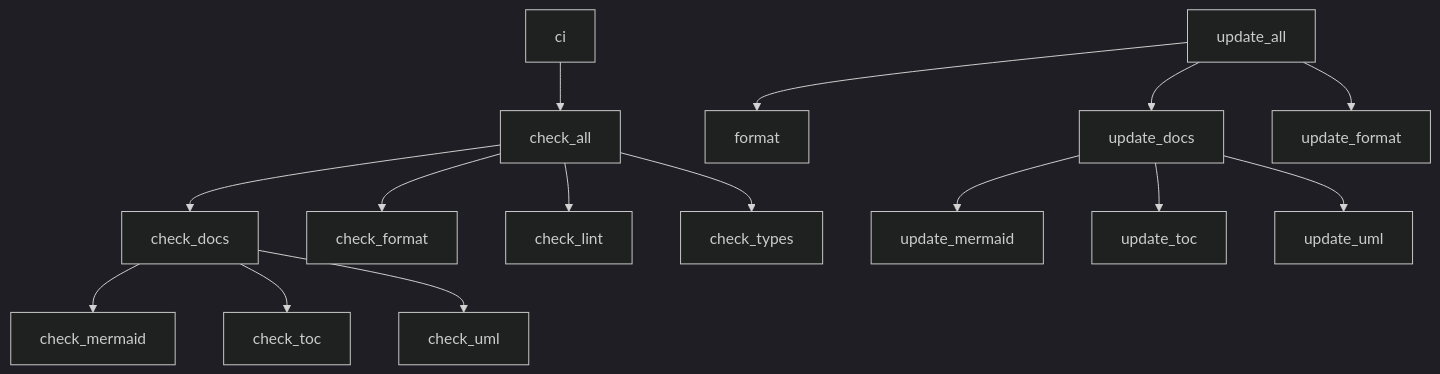
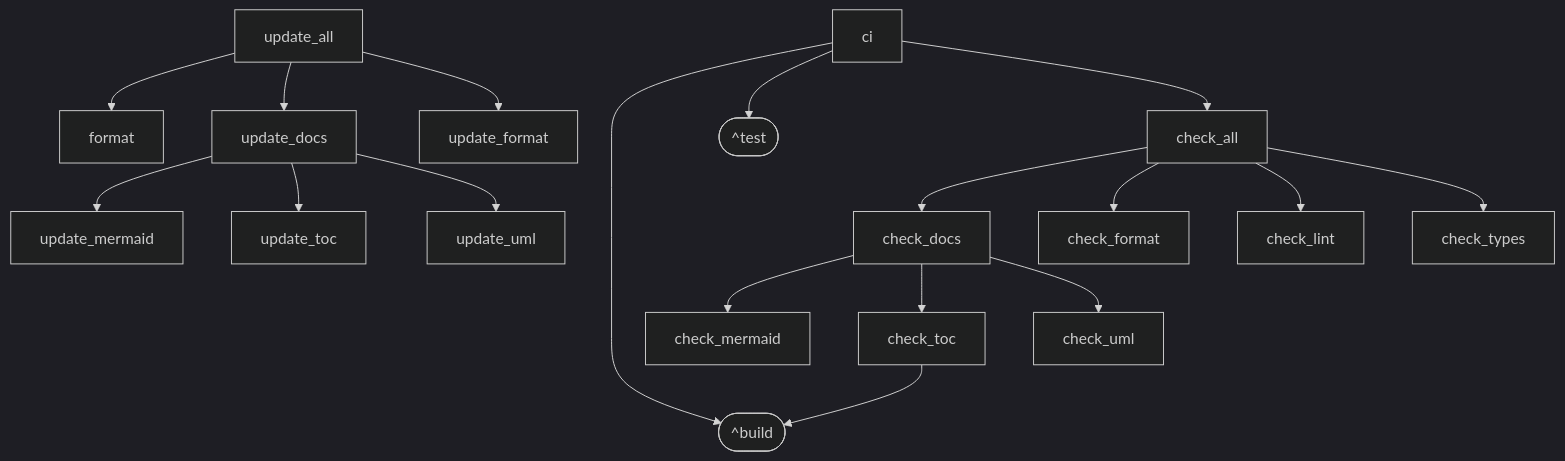
The diagram in javascript/README.md (doikayt/build-tools), drawn with Mermaid (dark theme) before and after one commit. The commit also changed 7 other files, not shown here.

First line of the commit message:
feat: render ^ fan-out deps as synthetic stadium nodes in mermaid diagram

````diff
--- a/javascript/README.md
+++ b/javascript/README.md
@@ -44,35 +44,41 @@
 ```mermaid
 graph TD
 
   check_all
   check_docs
   check_format
   check_lint
   check_mermaid
   check_toc
   check_types
   check_uml
   ci
   format
   update_all
   update_docs
   update_format
   update_mermaid
   update_toc
   update_uml
 
+  _caret_build(["^build"])
+  _caret_test(["^test"])
+
   check_all --> check_docs
   check_all --> check_format
   check_all --> check_lint
   check_all --> check_types
   check_docs --> check_mermaid
   check_docs --> check_toc
   check_docs --> check_uml
+  check_toc --> _caret_build
+  ci --> _caret_build
+  ci --> _caret_test
   ci --> check_all
   update_all --> format
   update_all --> update_docs
   update_all --> update_format
   update_docs --> update_mermaid
   update_docs --> update_toc
   update_docs --> update_uml
 ```
````
